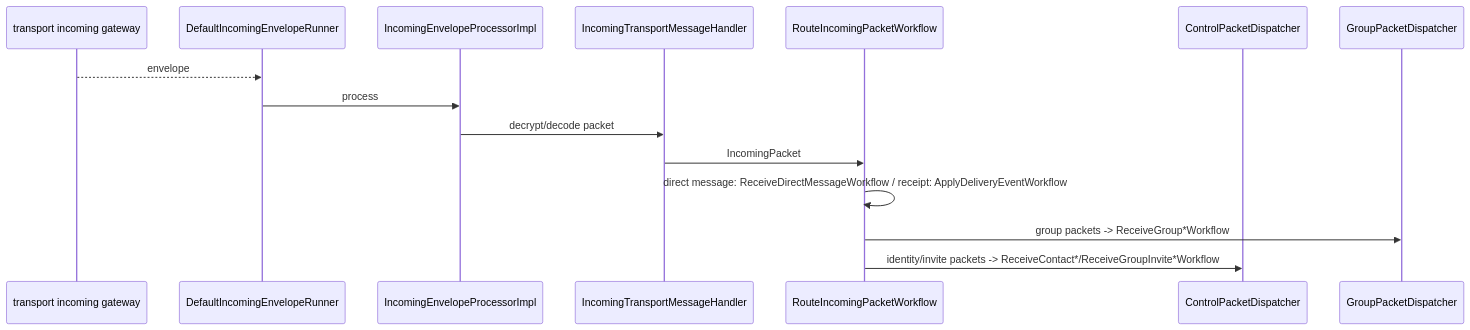
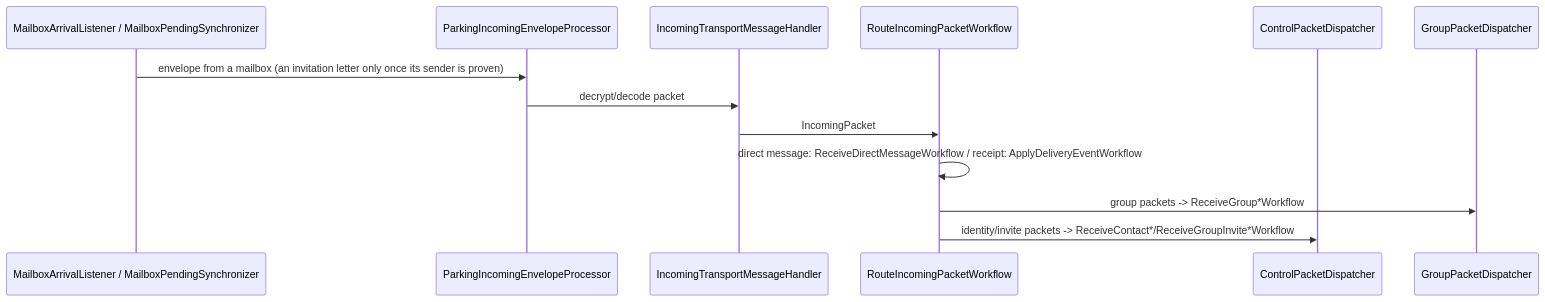
The second of 3 diagrams in docs/features/message-transport-flow.md (cbgm/Sparrow), drawn with Mermaid before and after one commit. The commit also changed other lines of this file and 1796 other files, not shown here.

````diff
--- a/docs/features/message-transport-flow.md
+++ b/docs/features/message-transport-flow.md
@@ -38,18 +53,16 @@
 ```mermaid
 sequenceDiagram
-    participant WS as transport incoming gateway
-    participant IR as DefaultIncomingEnvelopeRunner
-    participant IP as IncomingEnvelopeProcessorImpl
+    participant MB as MailboxArrivalListener / MailboxPendingSynchronizer
+    participant IP as ParkingIncomingEnvelopeProcessor
     participant H as IncomingTransportMessageHandler
     participant ROUTE as RouteIncomingPacketWorkflow
     participant CTRL as ControlPacketDispatcher
     participant GRP as GroupPacketDispatcher
 
-    WS-->>IR: envelope
-    IR->>IP: process
+    MB->>IP: envelope from a mailbox (an invitation letter only once its sender is proven)
     IP->>H: decrypt/decode packet
     H->>ROUTE: IncomingPacket
     ROUTE->>ROUTE: direct message: ReceiveDirectMessageWorkflow / receipt: ApplyDeliveryEventWorkflow
     ROUTE->>GRP: group packets -> ReceiveGroup*Workflow
     ROUTE->>CTRL: identity/invite packets -> ReceiveContact*/ReceiveGroupInvite*Workflow
 ```
````
